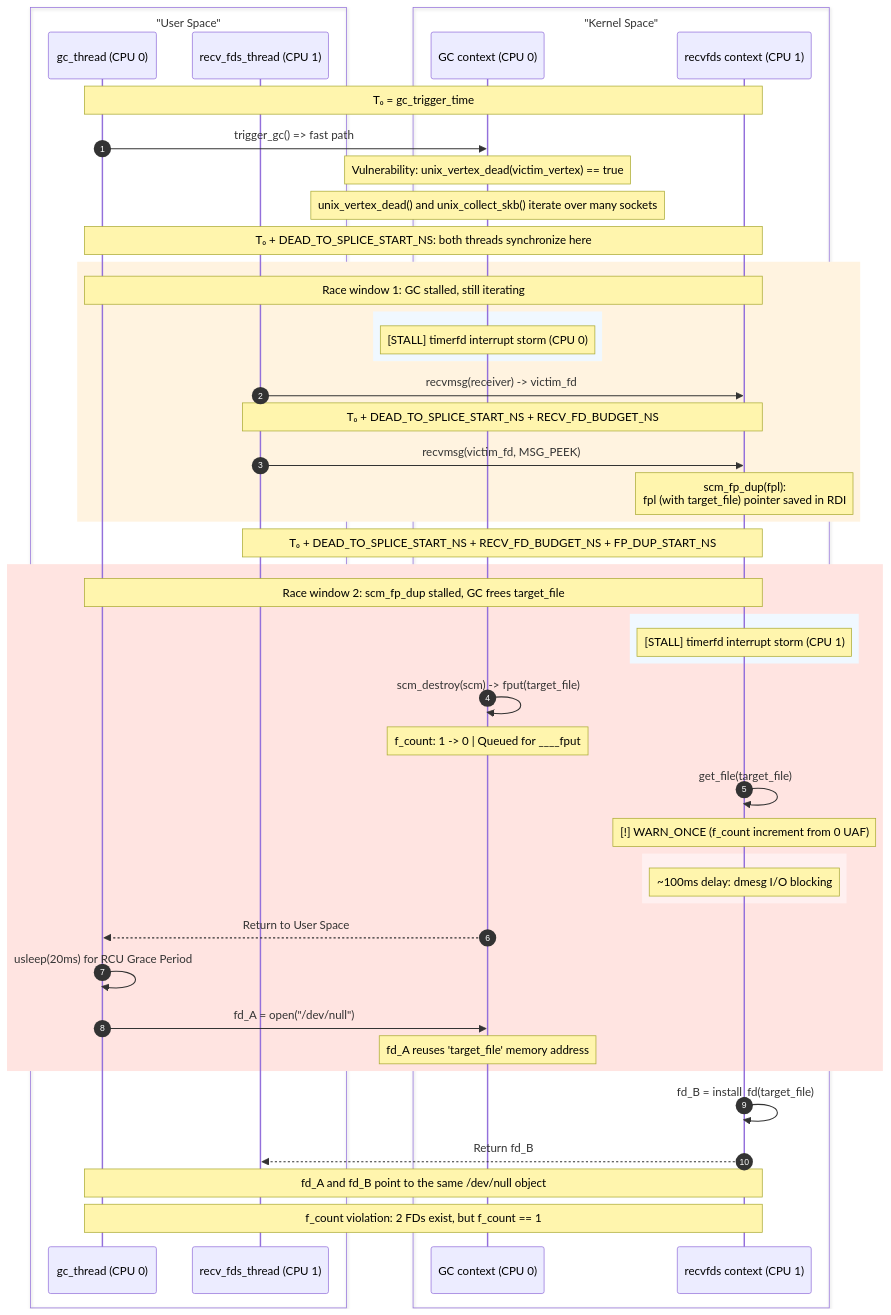
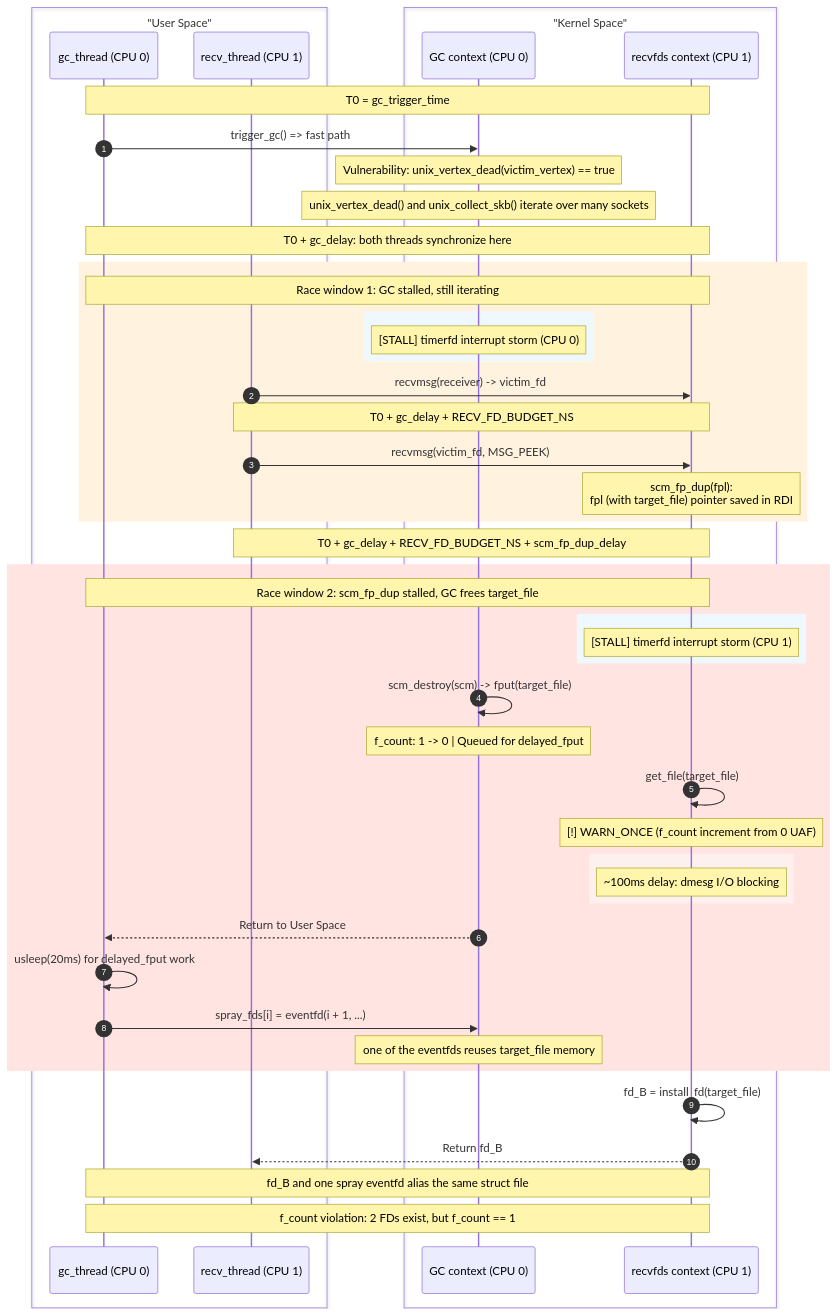
Before and after one commit to google/security-research: the diagram in pocs/linux/kernelctf/CVE-2025-40214_mitigation/docs/exploit.md, drawn with Mermaid. The commit also changed other lines of this file and 3 other files, not shown here.

````diff
--- a/pocs/linux/kernelctf/CVE-2025-40214_mitigation/docs/exploit.md
+++ b/pocs/linux/kernelctf/CVE-2025-40214_mitigation/docs/exploit.md
@@ -426,76 +411,76 @@
 ```mermaid
 ---
 config:
   theme: mc
 ---
 sequenceDiagram
     participant T1
     participant T2
     participant K1
     participant K2
     autonumber
     box "User Space" #f9f9f9
     participant T1 as gc_thread (CPU 0)
-    participant T2 as recv_fds_thread (CPU 1)
+    participant T2 as recv_thread (CPU 1)
     end
     box "Kernel Space" #e1f5fe
     participant K1 as GC context (CPU 0)
     participant K2 as recvfds context (CPU 1)
     end
 
-    Note over T1, K2: T₀ = gc_trigger_time
+    Note over T1, K2: T0 = gc_trigger_time
 
     T1->>K1: trigger_gc() => fast path
     Note over K1: Vulnerability: unix_vertex_dead(victim_vertex) == true
     Note over K1: unix_vertex_dead() and unix_collect_skb() iterate over many sockets
 
-    Note over T1, K2: T₀ + DEAD_TO_SPLICE_START_NS: both threads synchronize here
+    Note over T1, K2: T0 + gc_delay: both threads synchronize here
 
     rect rgb(255, 243, 224)
     Note over T1, K2: Race window 1: GC stalled, still iterating
 
     rect rgb(240, 248, 255)
     Note over K1: [STALL] timerfd interrupt storm (CPU 0)
     end
 
     T2->>K2: recvmsg(receiver) -> victim_fd
 
-    Note over T2, K2: T₀ + DEAD_TO_SPLICE_START_NS + RECV_FD_BUDGET_NS
+    Note over T2, K2: T0 + gc_delay + RECV_FD_BUDGET_NS
 
     T2->>K2: recvmsg(victim_fd, MSG_PEEK)
     Note over K2: scm_fp_dup(fpl):<br/>fpl (with target_file) pointer saved in RDI
 
     end
 
-    Note over T2, K2: T₀ + DEAD_TO_SPLICE_START_NS + RECV_FD_BUDGET_NS + FP_DUP_START_NS
+    Note over T2, K2: T0 + gc_delay + RECV_FD_BUDGET_NS + scm_fp_dup_delay
 
     rect rgb(255, 228, 225)
     Note over T1, K2: Race window 2: scm_fp_dup stalled, GC frees target_file
 
     rect rgb(240, 248, 255)
     Note over K2: [STALL] timerfd interrupt storm (CPU 1)
     end
 
     K1->>K1: scm_destroy(scm) -> fput(target_file)
-    Note over K1: f_count: 1 -> 0 | Queued for ____fput
+    Note over K1: f_count: 1 -> 0 | Queued for delayed_fput
 
     K2->>K2: get_file(target_file)
     Note over K2: [!] WARN_ONCE (f_count increment from 0 UAF)
 
     rect rgb(255, 240, 240)
     Note over K2: ~100ms delay: dmesg I/O blocking
     end
 
     K1-->>T1: Return to User Space
-    T1->>T1: usleep(20ms) for RCU Grace Period
+    T1->>T1: usleep(20ms) for delayed_fput work
 
-    T1->>K1: fd_A = open("/dev/null")
-    Note over K1: fd_A reuses 'target_file' memory address
+    T1->>K1: spray_fds[i] = eventfd(i + 1, ...)
+    Note over K1: one of the eventfds reuses target_file memory
 
     end
 
     K2->>K2: fd_B = install_fd(target_file)
     K2-->>T2: Return fd_B
-    Note over T1, K2: fd_A and fd_B point to the same /dev/null object
+    Note over T1, K2: fd_B and one spray eventfd alias the same struct file
     Note over T1, K2: f_count violation: 2 FDs exist, but f_count == 1
 ```
````
